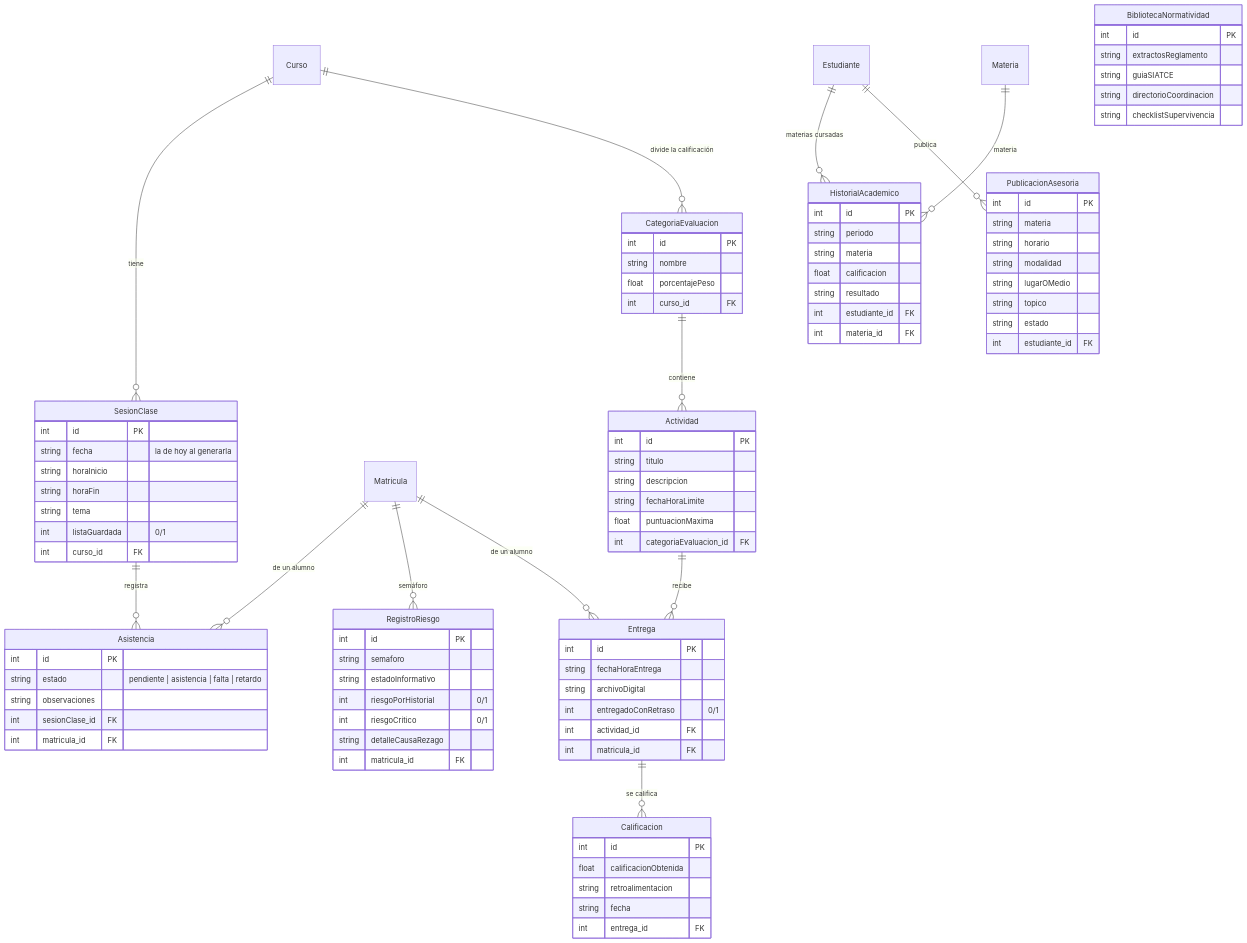
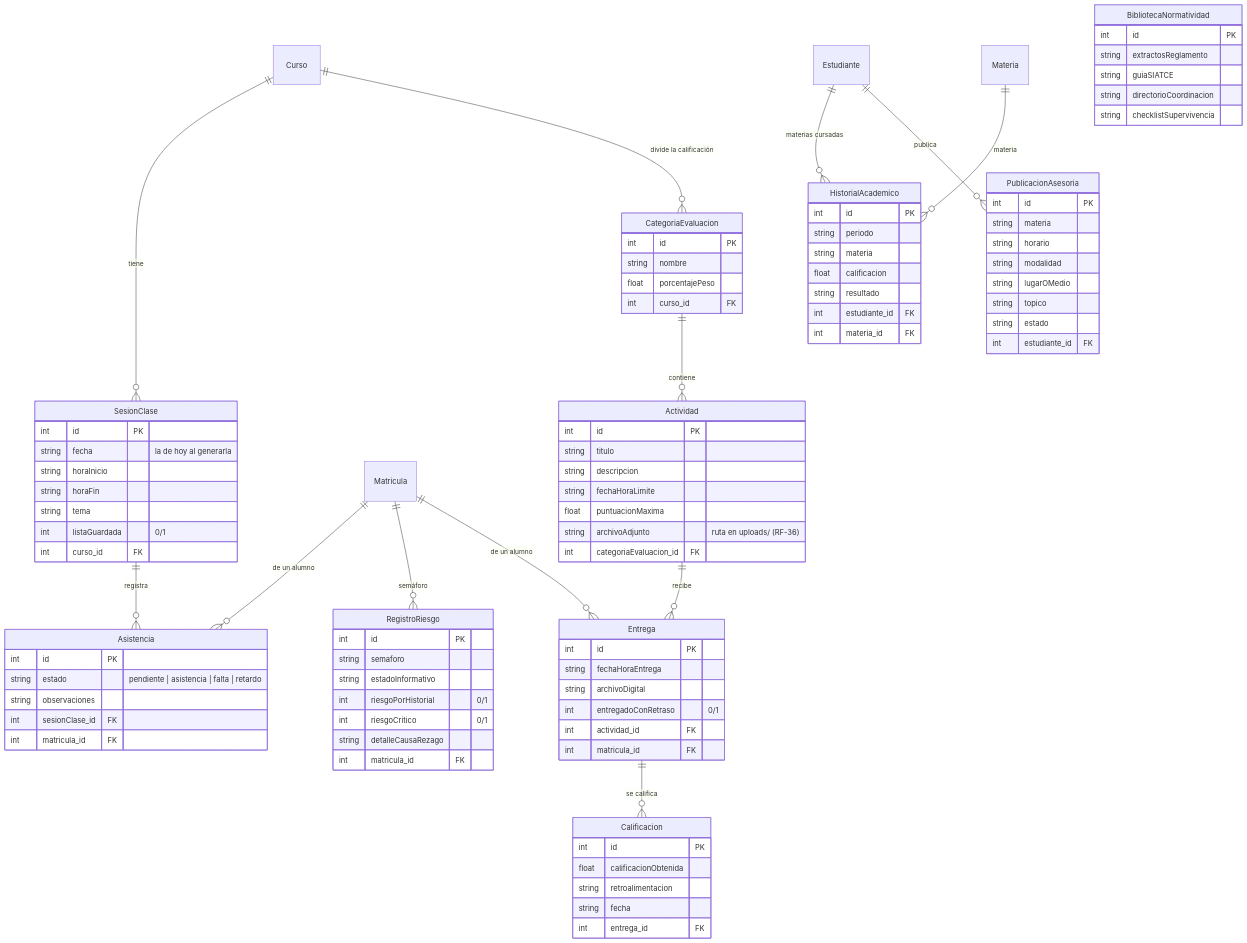
One commit to Huitrado/SEPA changed the second of 4 diagrams in docs/backend/03-base-de-datos.md. Above: the diagram before and after it, drawn with Mermaid. The commit also changed other lines of this file and 15 other files, not shown here.

```diff
--- a/docs/backend/03-base-de-datos.md
+++ b/docs/backend/03-base-de-datos.md
@@ -199,6 +199,7 @@
         string descripcion
         string fechaHoraLimite
         float puntuacionMaxima
+        string archivoAdjunto "ruta en uploads/ (RF-36)"
         int categoriaEvaluacion_id FK
     }
     Entrega {
```
